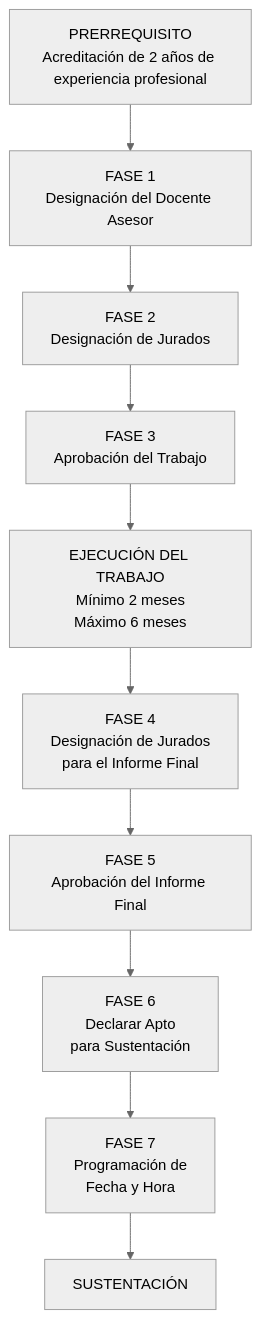
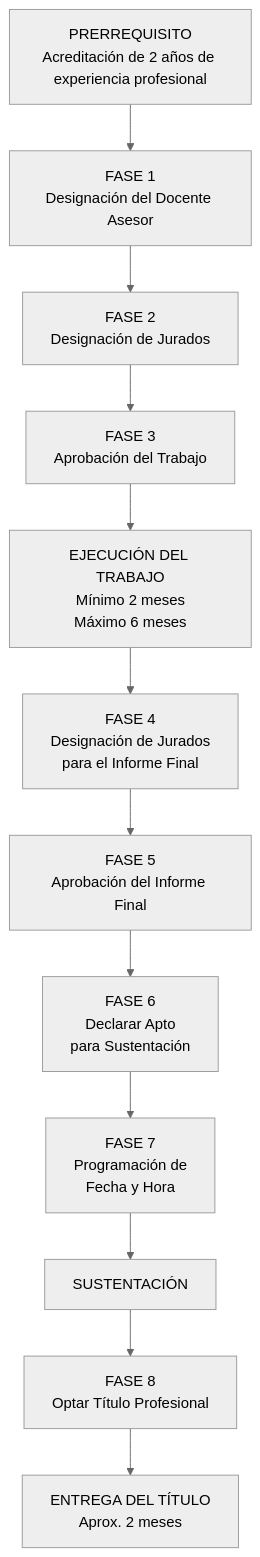
One commit to adlerOmonte1/AsistenteInteligenteISI changed the tenth of 11 diagrams in ProcesoConsolidados/TrabajoSuficiencia.md. Above: the diagram before and after it, drawn with Mermaid (neutral theme). The commit also changed other lines of this file, not shown here.

````diff
--- a/ProcesoConsolidados/TrabajoSuficiencia.md
+++ b/ProcesoConsolidados/TrabajoSuficiencia.md
@@ -715,33 +875,39 @@
 ```mermaid
 flowchart TD
 
     A["PRERREQUISITO<br/>Acreditación de 2 años de experiencia profesional"]
 
     B["FASE 1<br/>Designación del Docente Asesor"]
 
     C["FASE 2<br/>Designación de Jurados"]
 
     D["FASE 3<br/>Aprobación del Trabajo"]
 
     E["EJECUCIÓN DEL TRABAJO<br/>Mínimo 2 meses<br/>Máximo 6 meses"]
 
     F["FASE 4<br/>Designación de Jurados<br/>para el Informe Final"]
 
     G["FASE 5<br/>Aprobación del Informe Final"]
 
     H["FASE 6<br/>Declarar Apto<br/>para Sustentación"]
 
     I["FASE 7<br/>Programación de<br/>Fecha y Hora"]
 
     J["SUSTENTACIÓN"]
 
+    K["FASE 8<br/>Optar Título Profesional"]
+
+    L["ENTREGA DEL TÍTULO<br/>Aprox. 2 meses"]
+
     A --> B
     B --> C
     C --> D
     D --> E
     E --> F
     F --> G
     G --> H
     H --> I
     I --> J
+    J --> K
+    K --> L
 ```
````
